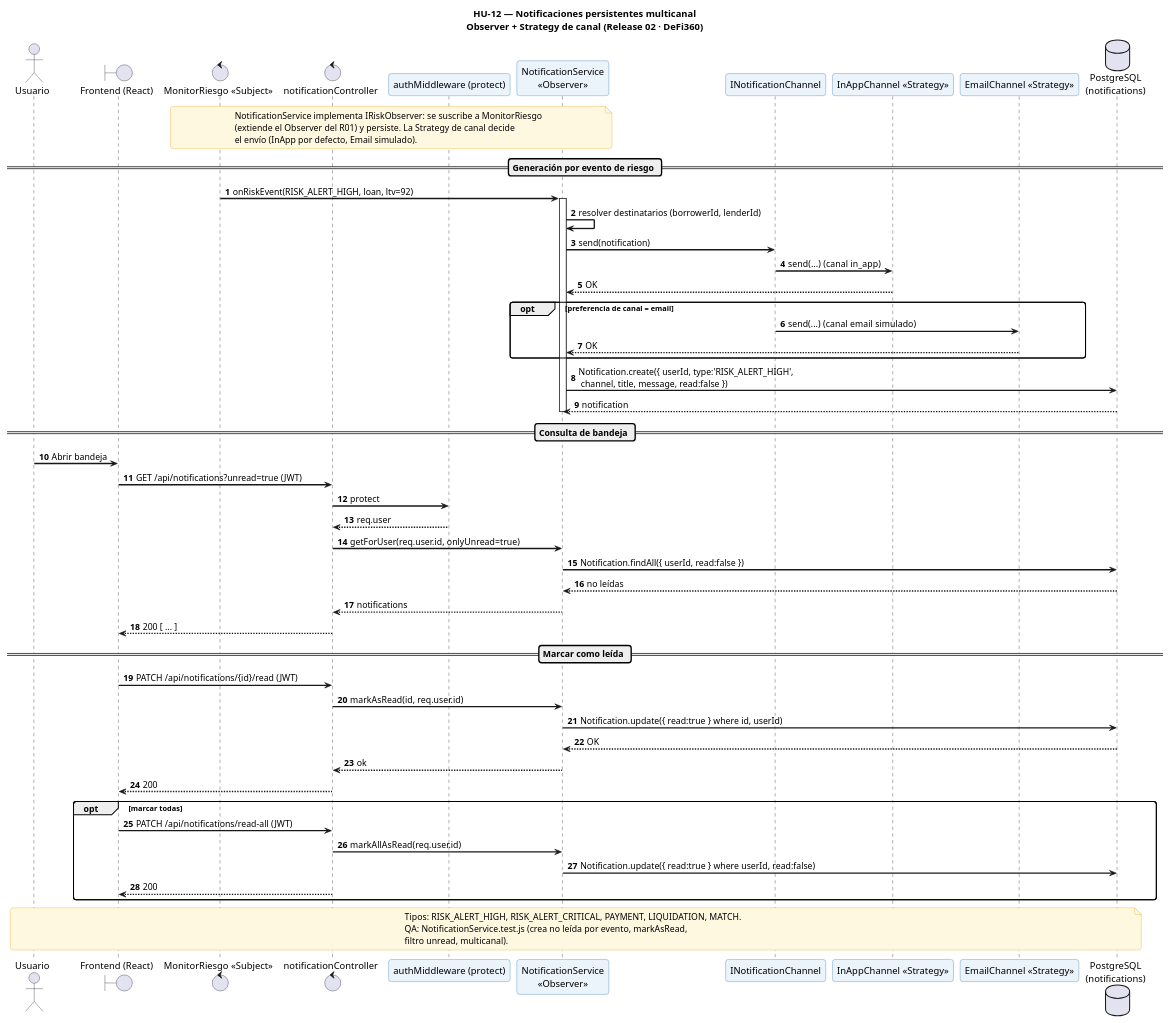
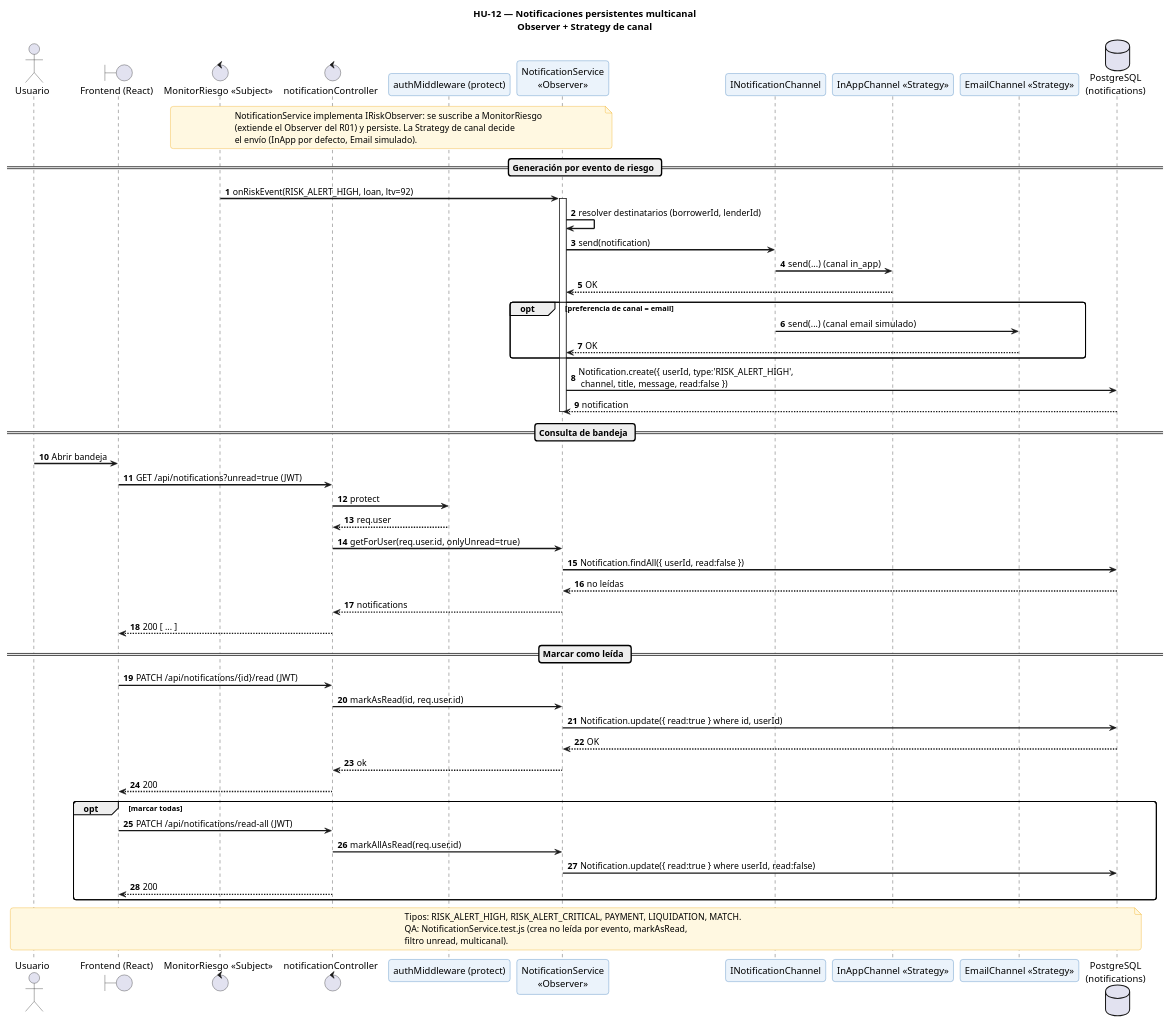
Before and after one commit to Brando-01/Software2: the diagram in Release 02/Diagramas/HU-12_Notificaciones_secuencia.puml, drawn with PlantUML. The commit also changed 13 other files, not shown here.

Commit message:
Resolucion de la HU09, respecto a la actualizacion de diagramas de secuencia y de clases, e implementacion de los states y commands

```diff
--- a/Release 02/Diagramas/HU-12_Notificaciones_secuencia.puml
+++ b/Release 02/Diagramas/HU-12_Notificaciones_secuencia.puml
@@ -1,77 +1,77 @@
 @startuml HU12_Notificaciones_secuencia
-title HU-12 — Notificaciones persistentes multicanal\nObserver + Strategy de canal (Release 02 · DeFi360)
+title HU-12 — Notificaciones persistentes multicanal\nObserver + Strategy de canal
 
 skinparam sequenceArrowThickness 2
 skinparam roundcorner 8
 skinparam sequenceParticipantBorderColor #2E75B6
 skinparam sequenceParticipantBackgroundColor #EBF3FB
 skinparam noteBorderColor #F0A500
 skinparam noteBackgroundColor #FFF8E1
 
 actor       "Usuario"                          as User
 boundary    "Frontend (React)"                 as UI
 control     "MonitorRiesgo <<Subject>>"        as MR
 control     "notificationController"           as NC
 participant "authMiddleware (protect)"         as MW
 participant "NotificationService\n<<Observer>>" as NTF
 participant "INotificationChannel"             as ICH
 participant "InAppChannel <<Strategy>>"        as INA
 participant "EmailChannel <<Strategy>>"        as EMA
 database    "PostgreSQL\n(notifications)"       as DB
 
 autonumber
 
 note over MR, NTF
   NotificationService implementa IRiskObserver: se suscribe a MonitorRiesgo
   (extiende el Observer del R01) y persiste. La Strategy de canal decide
   el envío (InApp por defecto, Email simulado).
 end note
 
 == Generación por evento de riesgo ==
 MR -> NTF : onRiskEvent(RISK_ALERT_HIGH, loan, ltv=92)
 activate NTF
 NTF -> NTF : resolver destinatarios (borrowerId, lenderId)
 NTF -> ICH : send(notification)
 ICH -> INA : send(...)  (canal in_app)
 INA --> NTF : OK
 opt preferencia de canal = email
     ICH -> EMA : send(...)  (canal email simulado)
     EMA --> NTF : OK
 end
 NTF -> DB : Notification.create({ userId, type:'RISK_ALERT_HIGH',\n channel, title, message, read:false })
 DB --> NTF : notification
 deactivate NTF
 
 == Consulta de bandeja ==
 User -> UI : Abrir bandeja
 UI -> NC : GET /api/notifications?unread=true (JWT)
 NC -> MW : protect
 MW --> NC : req.user
 NC -> NTF : getForUser(req.user.id, onlyUnread=true)
 NTF -> DB : Notification.findAll({ userId, read:false })
 DB --> NTF : no leídas
 NTF --> NC : notifications
 NC --> UI : 200 [ ... ]
 
 == Marcar como leída ==
 UI -> NC : PATCH /api/notifications/{id}/read (JWT)
 NC -> NTF : markAsRead(id, req.user.id)
 NTF -> DB : Notification.update({ read:true } where id, userId)
 DB --> NTF : OK
 NTF --> NC : ok
 NC --> UI : 200
 
 opt marcar todas
     UI -> NC : PATCH /api/notifications/read-all (JWT)
     NC -> NTF : markAllAsRead(req.user.id)
     NTF -> DB : Notification.update({ read:true } where userId, read:false)
     NC --> UI : 200
 end
 
 note over User, DB
   Tipos: RISK_ALERT_HIGH, RISK_ALERT_CRITICAL, PAYMENT, LIQUIDATION, MATCH.
   QA: NotificationService.test.js (crea no leída por evento, markAsRead,
   filtro unread, multicanal).
 end note
 
 @enduml
```
